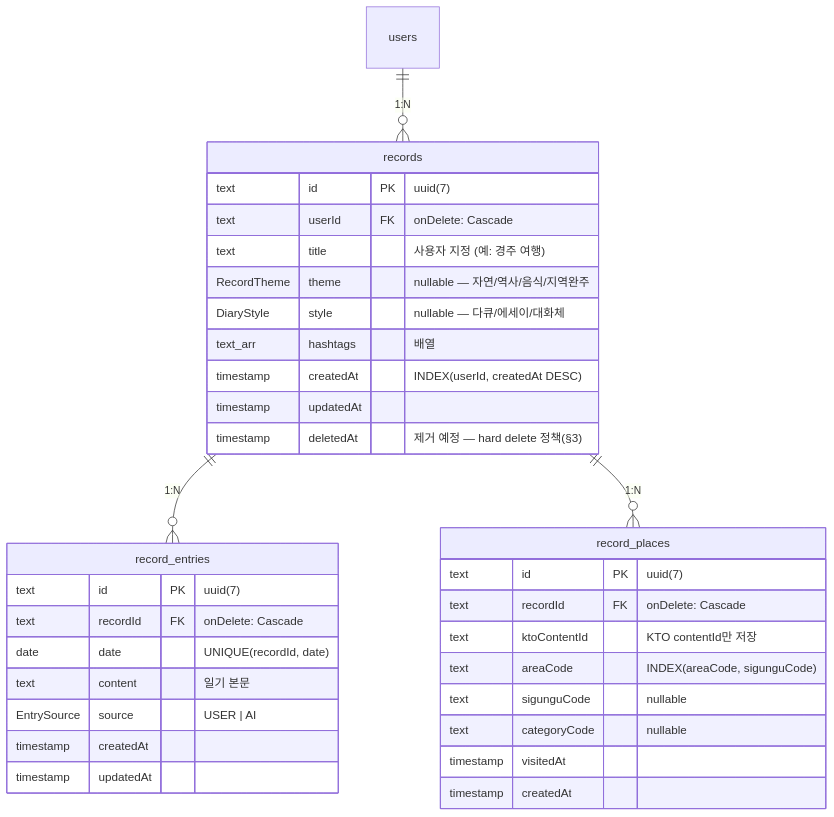
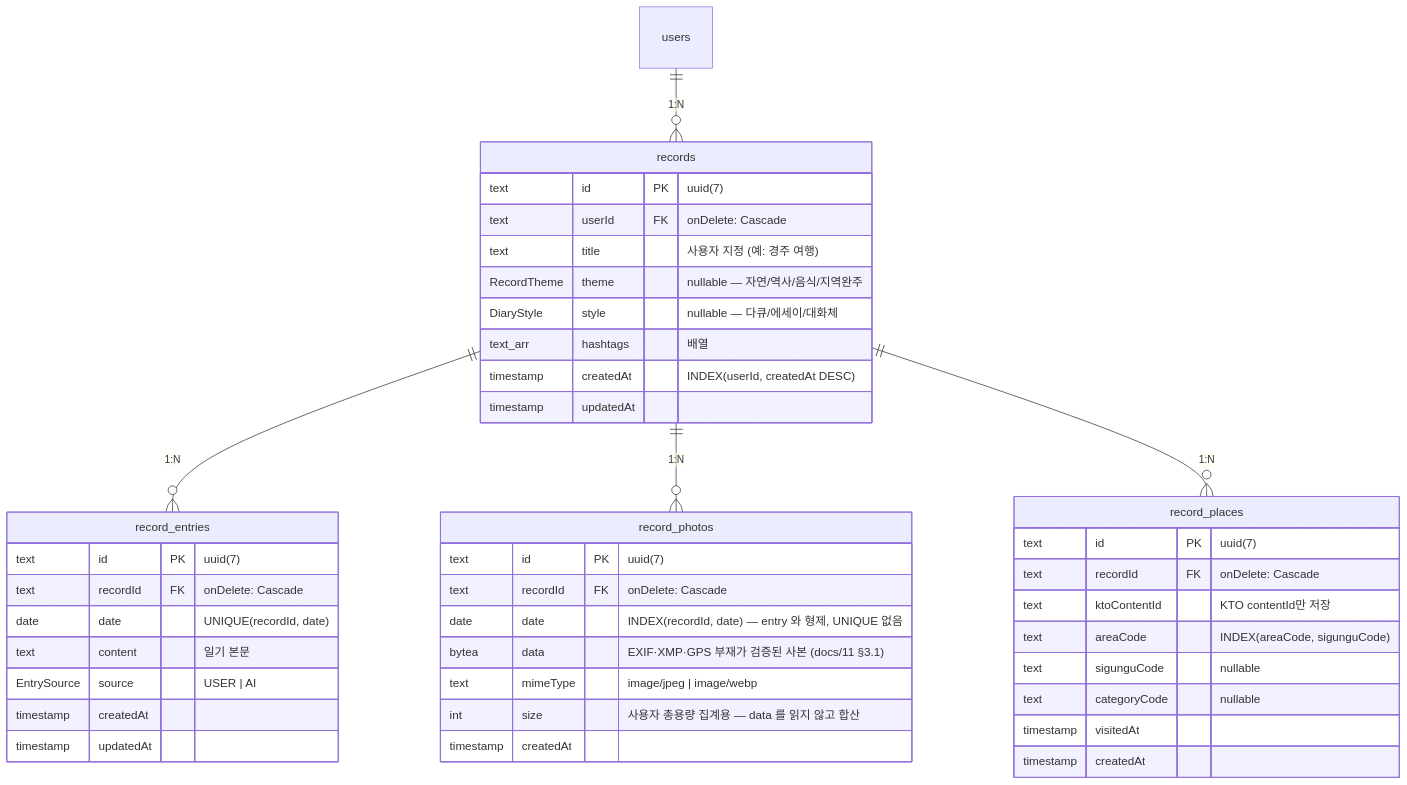
Before and after one commit to Remember-In/Tripic: the third of 3 diagrams in docs/10-auth-db-design.md, drawn with Mermaid. The commit also changed other lines of this file and 11 other files, not shown here.

````diff
--- a/docs/10-auth-db-design.md
+++ b/docs/10-auth-db-design.md
@@ -130,39 +128,49 @@
 ```mermaid
 erDiagram
     users ||--o{ records : "1:N"
     records ||--o{ record_entries : "1:N"
+    records ||--o{ record_photos : "1:N"
     records ||--o{ record_places : "1:N"
 
     records {
         text id PK "uuid(7)"
         text userId FK "onDelete: Cascade"
         text title "사용자 지정 (예: 경주 여행)"
         RecordTheme theme "nullable — 자연/역사/음식/지역완주"
         DiaryStyle style "nullable — 다큐/에세이/대화체"
         text_arr hashtags "배열"
         timestamp createdAt "INDEX(userId, createdAt DESC)"
         timestamp updatedAt
-        timestamp deletedAt "제거 예정 — hard delete 정책(§3)"
     }
 
     record_entries {
         text id PK "uuid(7)"
         text recordId FK "onDelete: Cascade"
         date date "UNIQUE(recordId, date)"
         text content "일기 본문"
         EntrySource source "USER | AI"
         timestamp createdAt
         timestamp updatedAt
+    }
+
+    record_photos {
+        text id PK "uuid(7)"
+        text recordId FK "onDelete: Cascade"
+        date date "INDEX(recordId, date) — entry 와 형제, UNIQUE 없음"
+        bytea data "EXIF·XMP·GPS 부재가 검증된 사본 (docs/11 §3.1)"
+        text mimeType "image/jpeg | image/webp"
+        int size "사용자 총용량 집계용 — data 를 읽지 않고 합산"
+        timestamp createdAt
     }
 
     record_places {
         text id PK "uuid(7)"
         text recordId FK "onDelete: Cascade"
         text ktoContentId "KTO contentId만 저장"
         text areaCode "INDEX(areaCode, sigunguCode)"
         text sigunguCode "nullable"
         text categoryCode "nullable"
         timestamp visitedAt
         timestamp createdAt
     }
 ```
````
